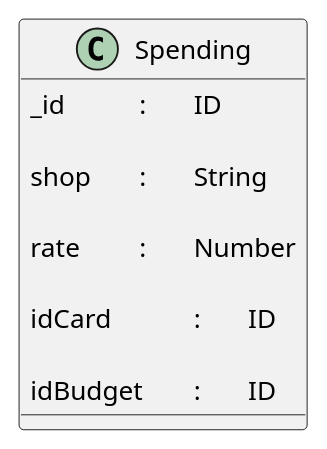
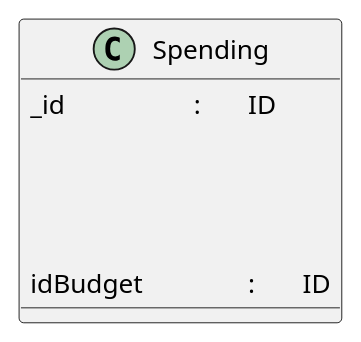
The diagram in doc/Spending.plantuml (FlorianMarcon/BankModels), drawn with PlantUML before and after one commit.

Commit message:
Update Spending uml

```diff
--- a/doc/Spending.plantuml
+++ b/doc/Spending.plantuml
@@ -1,15 +1,15 @@
 @startuml
 
 class Spending {
-	_id		:	ID
+	_id			:	ID
 
-	shop	:	String
+	' shop	:	String
 
-	rate		:	Number
+	' rate		:	Number
 
-	idCard		:	ID
+	' idCard		:	ID
 
-	idBudget	:	ID
+	idBudget		:	ID
 }
 
 @enduml
```
